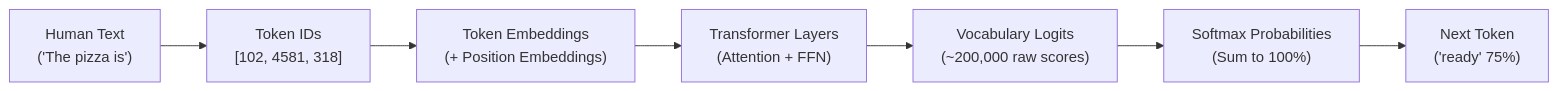
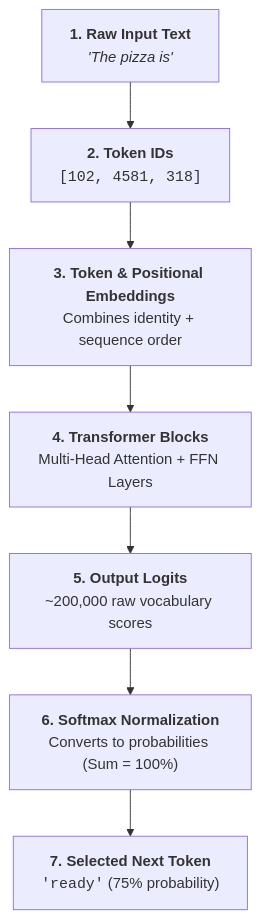
One commit to Nishant8826/theory-leaning changed the first of 5 diagrams in Nameste-AI/Season_01/05_The_Computational_Brain_of_Machines.md. Above: the diagram before and after it, drawn with Mermaid. The commit also changed other lines of this file and 7 other files, not shown here.

````diff
--- a/Nameste-AI/Season_01/05_The_Computational_Brain_of_Machines.md
+++ b/Nameste-AI/Season_01/05_The_Computational_Brain_of_Machines.md
@@ -39,9 +54,9 @@
 ```mermaid
-flowchart LR
-    A["Human Text\n('The pizza is')"] --> B["Token IDs\n[102, 4581, 318]"]
-    B --> C["Token Embeddings\n(+ Position Embeddings)"]
-    C --> D["Transformer Layers\n(Attention + FFN)"]
-    D --> E["Vocabulary Logits\n(~200,000 raw scores)"]
-    E --> F["Softmax Probabilities\n(Sum to 100%)"]
-    F --> G["Next Token\n('ready' 75%)"]
+flowchart TD
+    A["<b>1. Raw Input Text</b><br/><i>'The pizza is'</i>"] --> B["<b>2. Token IDs</b><br/><code>[102, 4581, 318]</code>"]
+    B --> C["<b>3. Token & Positional Embeddings</b><br/>Combines identity + sequence order"]
+    C --> D["<b>4. Transformer Blocks</b><br/>Multi-Head Attention + FFN Layers"]
+    D --> E["<b>5. Output Logits</b><br/>~200,000 raw vocabulary scores"]
+    E --> F["<b>6. Softmax Normalization</b><br/>Converts to probabilities (Sum = 100%)"]
+    F --> G["<b>7. Selected Next Token</b><br/><code>'ready'</code> (75% probability)"]
 ```
````
